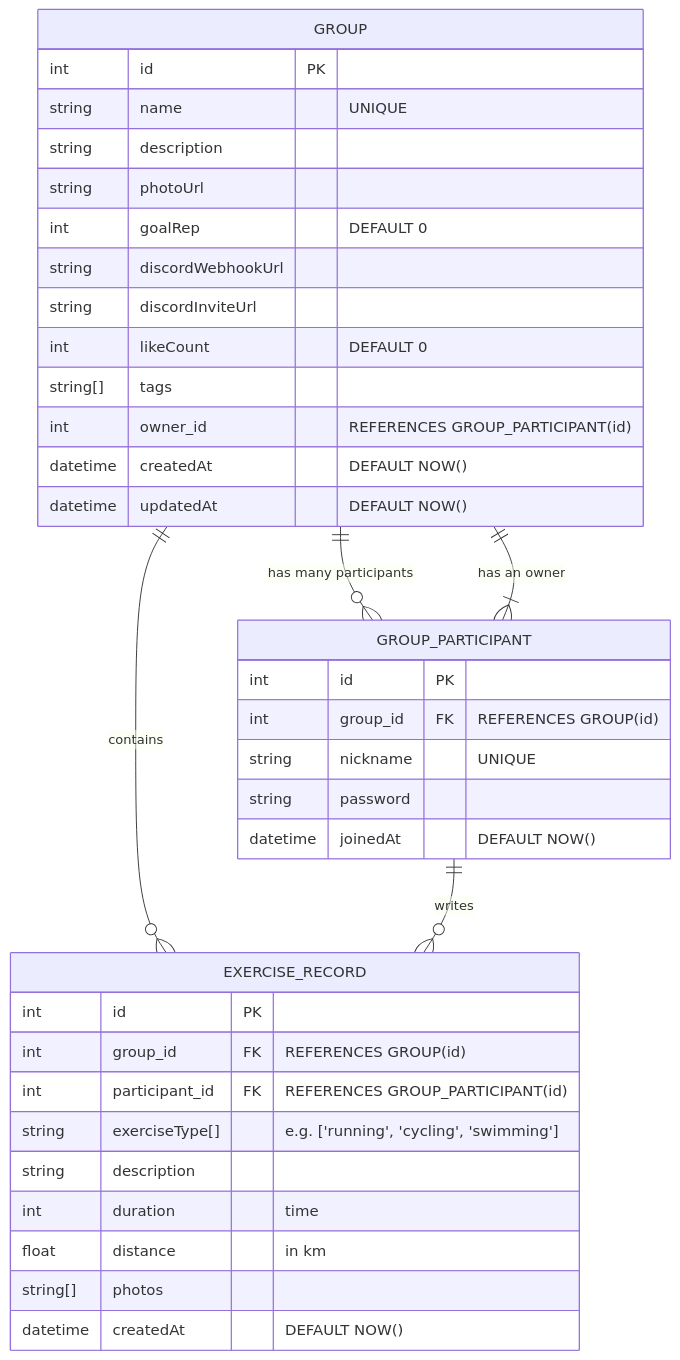
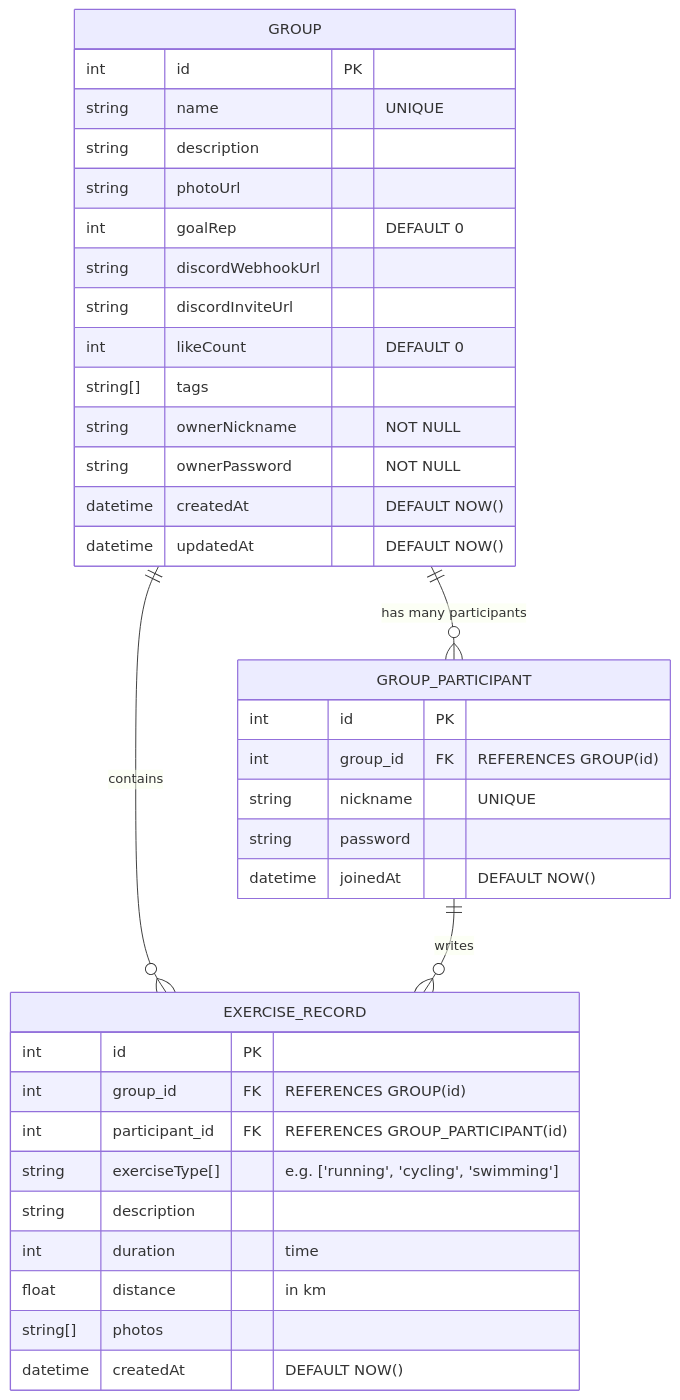
The diagram in README.md (funfungun/mermaid), drawn with Mermaid before and after one commit.

````diff
--- a/README.md
+++ b/README.md
@@ -1,43 +1,43 @@
 ```mermaid
 erDiagram
     GROUP {
         int id PK
         string name "UNIQUE"
         string description
         string photoUrl
         int goalRep "DEFAULT 0"
         string discordWebhookUrl
         string discordInviteUrl
         int likeCount "DEFAULT 0"
         string[] tags
-        int owner_id "REFERENCES GROUP_PARTICIPANT(id)"
+        string ownerNickname "NOT NULL"
+        string ownerPassword "NOT NULL"
         datetime createdAt "DEFAULT NOW()"
         datetime updatedAt "DEFAULT NOW()"
     }
 
     GROUP_PARTICIPANT {
         int id PK
         int group_id FK "REFERENCES GROUP(id)"
         string nickname "UNIQUE"
         string password
         datetime joinedAt "DEFAULT NOW()"
     }
 
     GROUP ||--o{ GROUP_PARTICIPANT : "has many participants"
-    GROUP ||--|{ GROUP_PARTICIPANT : "has an owner"
 
     EXERCISE_RECORD {
         int id PK
         int group_id FK "REFERENCES GROUP(id)"
         int participant_id FK "REFERENCES GROUP_PARTICIPANT(id)"
         string exerciseType[] "e.g. ['running', 'cycling', 'swimming']"
         string description
         int duration "time"
         float distance "in km"
         string[] photos
         datetime createdAt "DEFAULT NOW()"
     }
 
     GROUP ||--o{ EXERCISE_RECORD : "contains"
     GROUP_PARTICIPANT ||--o{ EXERCISE_RECORD : "writes"
 ```
````
